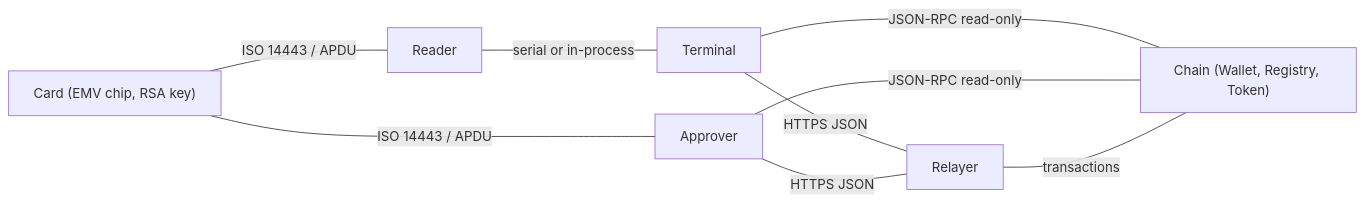
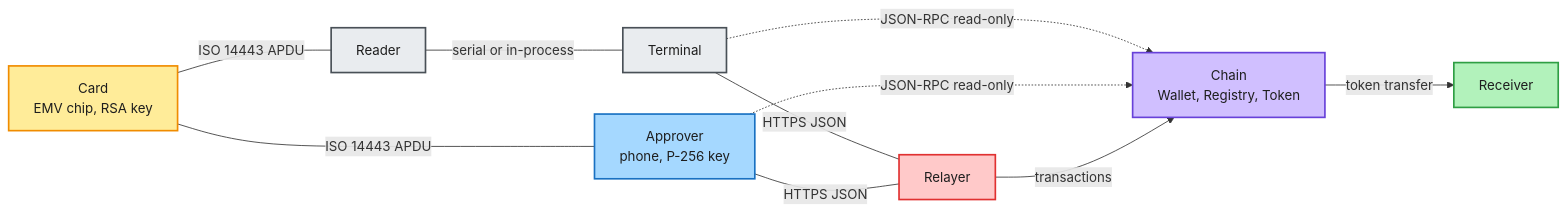
One commit to team-somehow/tap2eth changed the first of 11 diagrams in docs/PROTOCOL.md. Above: the diagram before and after it, drawn with Mermaid. The commit also changed other lines of this file and 1 other file, not shown here.

First line of the commit message:
docs: shorten the white paper and spec, add reader-card diagrams

````diff
--- a/docs/PROTOCOL.md
+++ b/docs/PROTOCOL.md
@@ -105,11 +84,25 @@
 ```mermaid
 flowchart LR
-  Card["Card (EMV chip, RSA key)"] -- ISO 14443 / APDU --- Reader
-  Reader -- serial or in-process --- Terminal
-  Card -- ISO 14443 / APDU --- Approver
-  Terminal -- HTTPS JSON --- Relayer
-  Approver -- HTTPS JSON --- Relayer
-  Terminal -- JSON-RPC read-only --- Chain
-  Approver -- JSON-RPC read-only --- Chain
-  Relayer -- transactions --- Chain["Chain (Wallet, Registry, Token)"]
+  classDef card fill:#ffec99,stroke:#f08c00,stroke-width:2px,color:#1e1e1e
+  classDef reader fill:#e9ecef,stroke:#495057,stroke-width:2px,color:#1e1e1e
+  classDef phone fill:#a5d8ff,stroke:#1971c2,stroke-width:2px,color:#1e1e1e
+  classDef chain fill:#d0bfff,stroke:#6741d9,stroke-width:2px,color:#1e1e1e
+  classDef receiver fill:#b2f2bb,stroke:#2f9e44,stroke-width:2px,color:#1e1e1e
+  classDef relayer fill:#ffc9c9,stroke:#e03131,stroke-width:2px,color:#1e1e1e
+  Card["Card<br/>EMV chip, RSA key"]:::card
+  Reader["Reader"]:::reader
+  Terminal["Terminal"]:::reader
+  Approver["Approver<br/>phone, P-256 key"]:::phone
+  Relayer["Relayer"]:::relayer
+  Chain["Chain<br/>Wallet, Registry, Token"]:::chain
+  Receiver["Receiver"]:::receiver
+  Card ---|"ISO 14443 APDU"| Reader
+  Reader ---|"serial or in-process"| Terminal
+  Card ---|"ISO 14443 APDU"| Approver
+  Terminal ---|"HTTPS JSON"| Relayer
+  Approver ---|"HTTPS JSON"| Relayer
+  Terminal -.->|"JSON-RPC read-only"| Chain
+  Approver -.->|"JSON-RPC read-only"| Chain
+  Relayer -->|"transactions"| Chain
+  Chain -->|"token transfer"| Receiver
 ```
````
